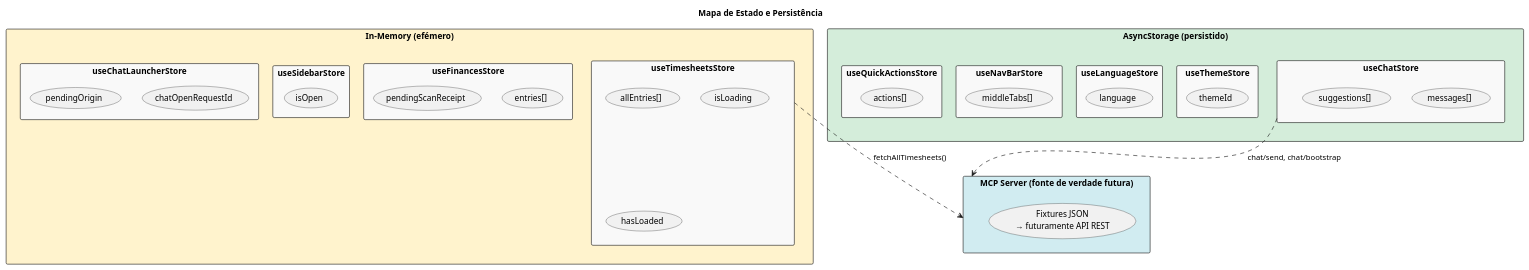
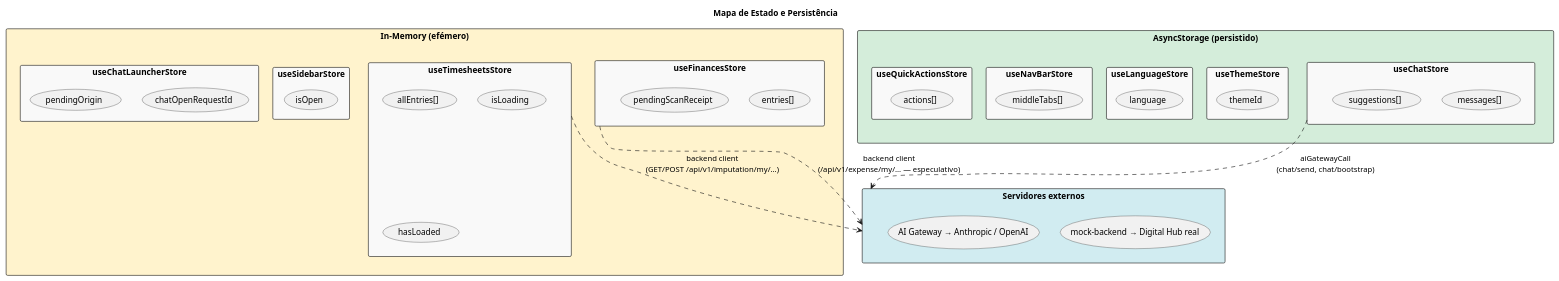
Diagram 13 of 14 in armini/docs/architecture.md (gabsilva17/projeto-armis), drawn with PlantUML before and after one commit. The commit also changed other lines of this file and 5 other files, not shown here.

````diff
--- a/armini/docs/architecture.md
+++ b/armini/docs/architecture.md
@@ -874,53 +1000,55 @@
 ```plantuml
 @startuml Estado_Persistencia
 skinparam rectangleBackgroundColor #f9f9f9
 
 title Mapa de Estado e Persistência
 
 rectangle "AsyncStorage (persistido)" as persistent #d4edda {
     rectangle "useChatStore" as cs {
         (messages[])
         (suggestions[])
     }
     rectangle "useThemeStore" as ts {
         (themeId)
     }
     rectangle "useLanguageStore" as ls {
         (language)
     }
     rectangle "useNavBarStore" as ns {
         (middleTabs[])
     }
     rectangle "useQuickActionsStore" as qs {
         (actions[])
     }
 }
 
 rectangle "In-Memory (efémero)" as ephemeral #fff3cd {
     rectangle "useTimesheetsStore" as tss {
         (allEntries[])
         (isLoading)
         (hasLoaded)
     }
     rectangle "useFinancesStore" as fs {
         (entries[])
         (pendingScanReceipt)
     }
     rectangle "useSidebarStore" as ss {
         (isOpen)
     }
     rectangle "useChatLauncherStore" as cls {
         (chatOpenRequestId)
         (pendingOrigin)
     }
 }
 
-rectangle "MCP Server (fonte de verdade futura)" as server #d1ecf1 {
-    (Fixtures JSON\n→ futuramente API REST)
+rectangle "Servidores externos" as server #d1ecf1 {
+    (mock-backend → Digital Hub real)
+    (AI Gateway → Anthropic / OpenAI)
 }
 
-tss ..> server : fetchAllTimesheets()
-cs ..> server : chat/send, chat/bootstrap
+tss ..> server : backend client\n(GET/POST /api/v1/imputation/my/...)
+fs ..> server : backend client\n(/api/v1/expense/my/... — especulativo)
+cs ..> server : aiGatewayCall\n(chat/send, chat/bootstrap)
 
 @enduml
 ```
````
